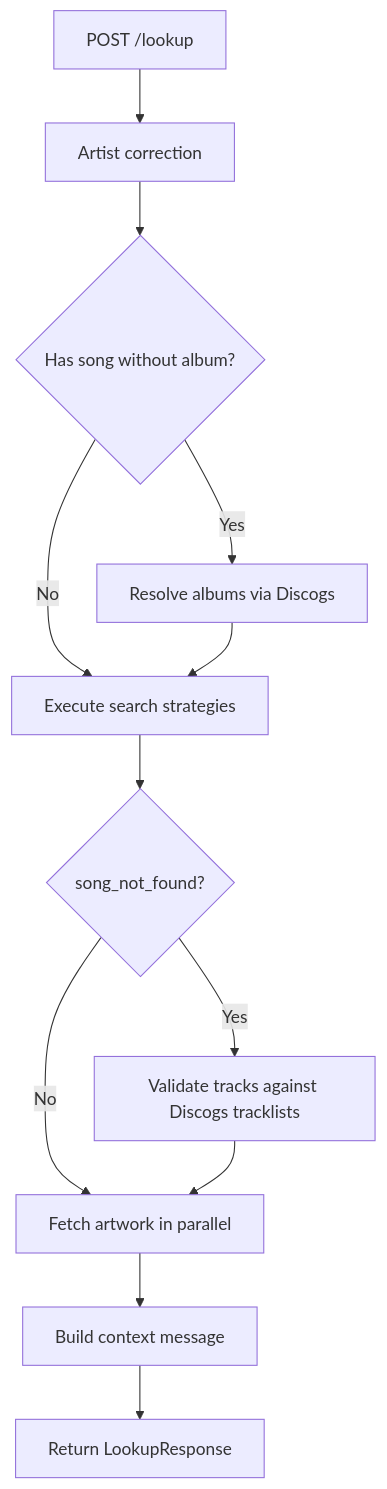
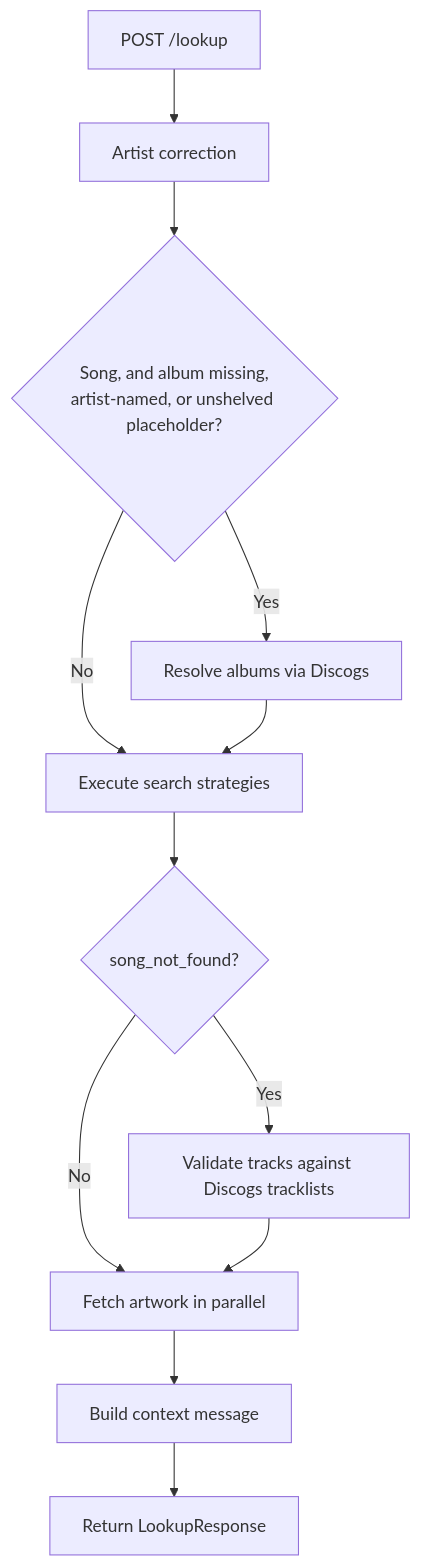
Before and after one commit to WXYC/library-metadata-lookup: the first of 2 diagrams in docs/library-metadata-lookup-technical-overview.md, drawn with Mermaid. The commit also changed other lines of this file, not shown here.

Commit message:
docs(1392): describe the widened step-2 trigger in the technical overview

````diff
--- a/docs/library-metadata-lookup-technical-overview.md
+++ b/docs/library-metadata-lookup-technical-overview.md
@@ -46,14 +46,14 @@
 ```mermaid
 flowchart TD
     A[POST /lookup] --> B[Artist correction]
-    B --> C{Has song without album?}
+    B --> C{"Song, and album missing,<br/>artist-named, or unshelved placeholder?"}
     C -->|Yes| D[Resolve albums via Discogs]
     C -->|No| E[Execute search strategies]
     D --> E
     E --> F{song_not_found?}
     F -->|Yes| G[Validate tracks against Discogs tracklists]
     F -->|No| H[Fetch artwork in parallel]
     G --> H
     H --> I[Build context message]
     I --> J[Return LookupResponse]
 ```
````
